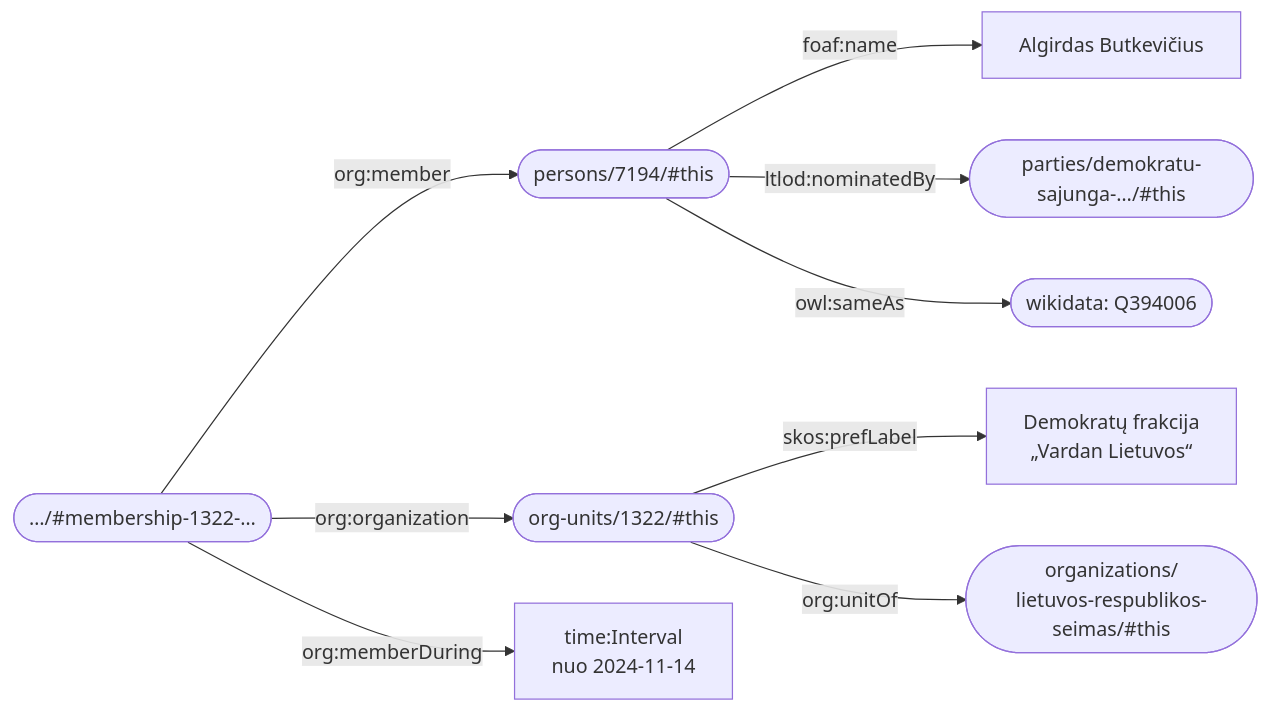
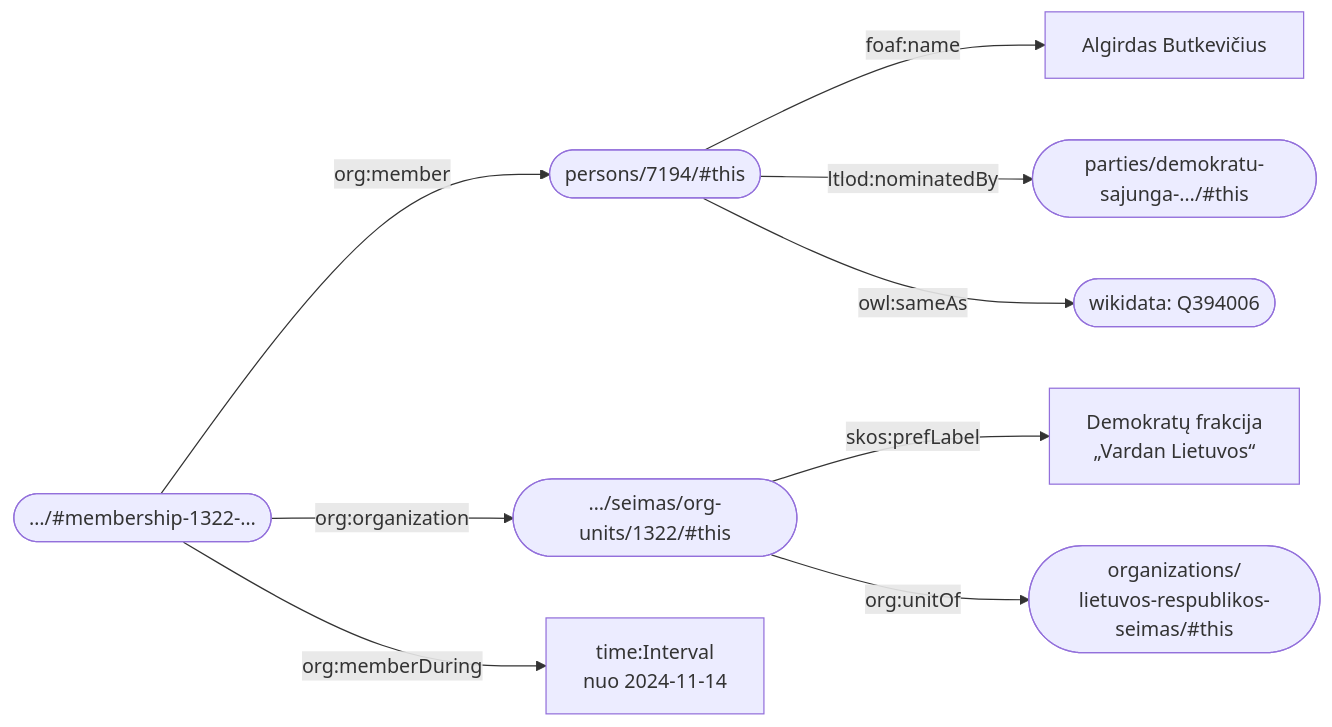
The first of 3 diagrams in README.md (AtomGraph/LTLOD), drawn with Mermaid before and after one commit. The commit also changed 10 other files, not shown here.

First line of the commit message:
Nest Seimas org-units and parliamentary groups under the organization

````diff
--- a/README.md
+++ b/README.md
@@ -24,11 +24,11 @@
 ```mermaid
 graph LR
     person(["persons/7194/#this"]) -->|foaf:name| name["Algirdas Butkevičius"]
     membership(["…/#membership-1322-…"]) -->|org:member| person
-    membership -->|org:organization| faction(["org-units/1322/#this"])
+    membership -->|org:organization| faction(["…/seimas/org-units/1322/#this"])
     membership -->|org:memberDuring| interval["time:Interval<br/>nuo 2024-11-14"]
     faction -->|skos:prefLabel| fname["Demokratų frakcija<br/>„Vardan Lietuvos“"]
     faction -->|org:unitOf| seimas(["organizations/<br/>lietuvos-respublikos-seimas/#this"])
     person -->|ltlod:nominatedBy| party(["parties/demokratu-sajunga-…/#this"])
     person -->|owl:sameAs| wd(["wikidata: Q394006"])
 ```
````
